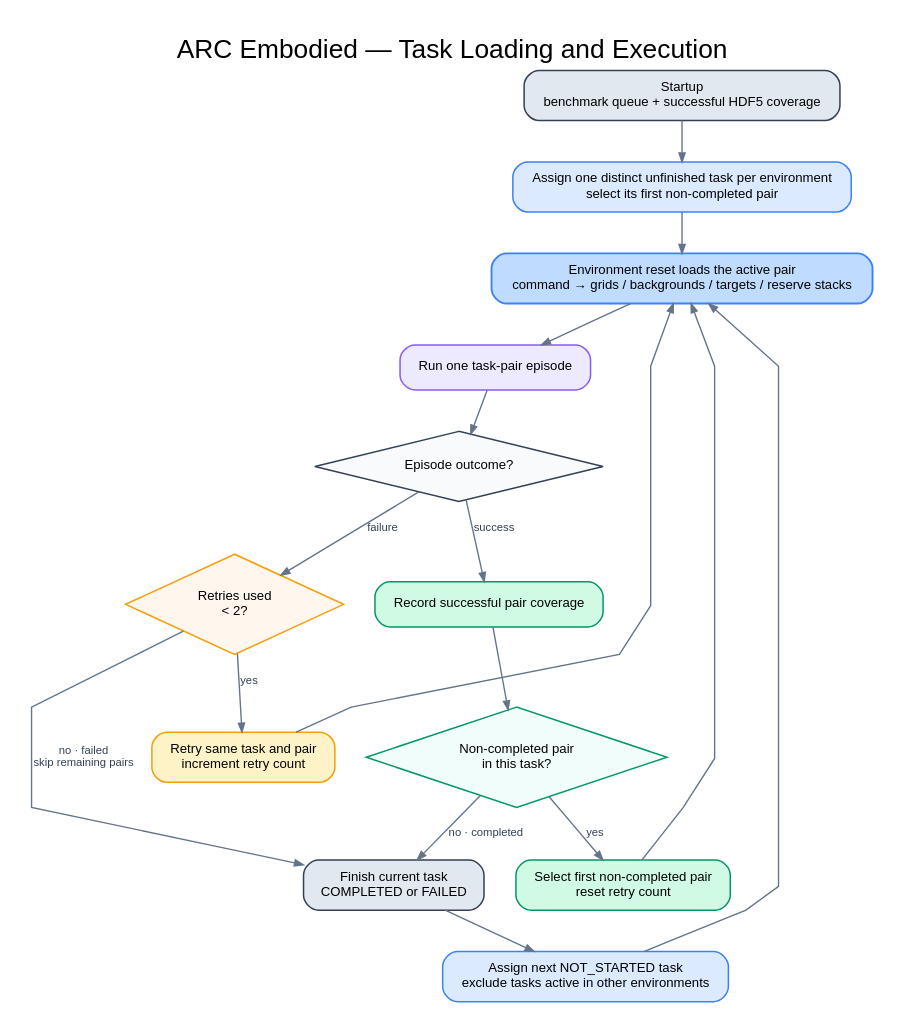
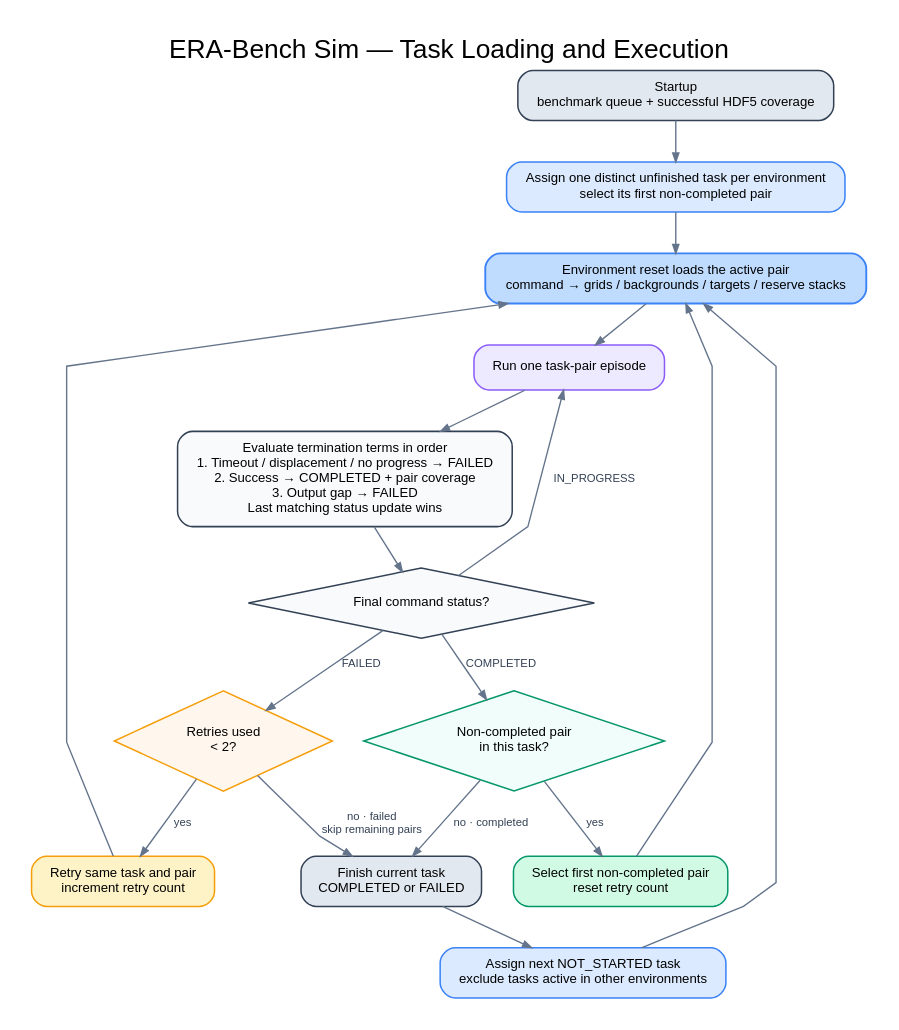
One commit to nardo7/era_bench changed the diagram in source/era_bench/docs/architecture/arc_embodied_task_orchestration.dot. Above: the diagram before and after it, drawn with Graphviz. The commit also changed 35 other files, not shown here.

First line of the commit message:
Calibrate ERA-Bench scene visuals and grid resets (#2)

```diff
--- a/source/era_bench/docs/architecture/arc_embodied_task_orchestration.dot
+++ b/source/era_bench/docs/architecture/arc_embodied_task_orchestration.dot
@@ -1,124 +1,124 @@
 digraph ArcEmbodiedTaskOrchestration {
   graph [
-    label="ARC Embodied — Task Loading and Execution",
+    label="ERA-Bench Sim — Task Loading and Execution",
     labelloc=t,
     fontsize=21,
     fontname="Arial",
     rankdir=TB,
     bgcolor="white",
     pad=0.25,
     nodesep=0.35,
     ranksep=0.45,
     splines=polyline
   ];
 
   node [
     shape=box,
     style="rounded,filled",
     fontname="Arial",
     fontsize=10.5,
     color="#334155",
     penwidth=1.2,
     margin="0.18,0.11"
   ];
 
   edge [
     color="#64748B",
     fontname="Arial",
     fontsize=9,
     fontcolor="#334155",
     arrowsize=0.7,
     penwidth=1.1
   ];
 
   startup [
     label="Startup\nbenchmark queue + successful HDF5 coverage",
     fillcolor="#E2E8F0"
   ];
 
   assign [
     label="Assign one distinct unfinished task per environment\nselect its first non-completed pair",
     fillcolor="#DBEAFE",
     color="#3B82F6"
   ];
 
   load [
     label="Environment reset loads the active pair\ncommand → grids / backgrounds / targets / reserve stacks",
     fillcolor="#BFDBFE",
     color="#3B82F6",
     penwidth=1.5
   ];
 
   run [
     label="Run one task-pair episode",
     fillcolor="#EDE9FE",
     color="#8B5CF6"
   ];
 
+  termination_order [
+    label="Evaluate termination terms in order\n1. Timeout / displacement / no progress → FAILED\n2. Success → COMPLETED + pair coverage\n3. Output gap → FAILED\nLast matching status update wins",
+    fillcolor="#F8FAFC"
+  ];
+
   outcome [
-    label="Episode outcome?",
+    label="Final command status?",
     shape=diamond,
     style=filled,
     fillcolor="#F8FAFC"
-  ];
-
-  record_success [
-    label="Record successful pair coverage",
-    fillcolor="#D1FAE5",
-    color="#059669"
   ];
 
   more_pairs [
     label="Non-completed pair\nin this task?",
     shape=diamond,
     style=filled,
     fillcolor="#F0FDFA",
     color="#059669"
   ];
 
   next_pair [
     label="Select first non-completed pair\nreset retry count",
     fillcolor="#D1FAE5",
     color="#059669"
   ];
 
   retries [
     label="Retries used\n< 2?",
     shape=diamond,
     style=filled,
     fillcolor="#FFF7ED",
     color="#F59E0B"
   ];
 
   retry_pair [
     label="Retry same task and pair\nincrement retry count",
     fillcolor="#FEF3C7",
     color="#F59E0B"
   ];
 
   task_finished [
     label="Finish current task\nCOMPLETED or FAILED",
     fillcolor="#E2E8F0"
   ];
 
   next_task [
     label="Assign next NOT_STARTED task\nexclude tasks active in other environments",
     fillcolor="#DBEAFE",
     color="#3B82F6"
   ];
 
-  startup -> assign -> load -> run -> outcome;
+  startup -> assign -> load -> run -> termination_order -> outcome;
 
-  outcome -> record_success [label="success"];
-  record_success -> more_pairs;
+  outcome -> more_pairs [label="COMPLETED"];
   more_pairs -> next_pair [label="yes"];
   next_pair -> load;
   more_pairs -> task_finished [label="no · completed"];
 
-  outcome -> retries [label="failure"];
+  outcome -> retries [label="FAILED"];
   retries -> retry_pair [label="yes"];
   retry_pair -> load;
   retries -> task_finished [label="no · failed\nskip remaining pairs"];
 
+  outcome -> run [label="IN_PROGRESS"];
+
   task_finished -> next_task -> load;
 }
```
